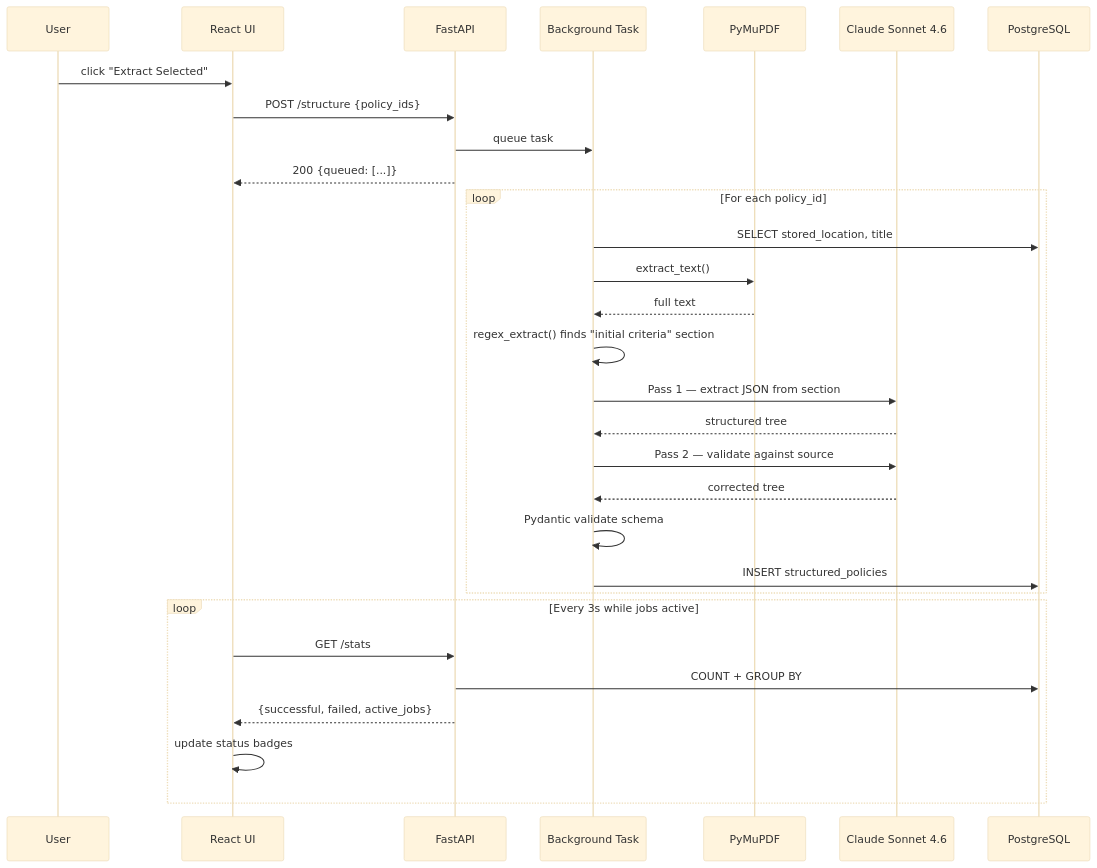
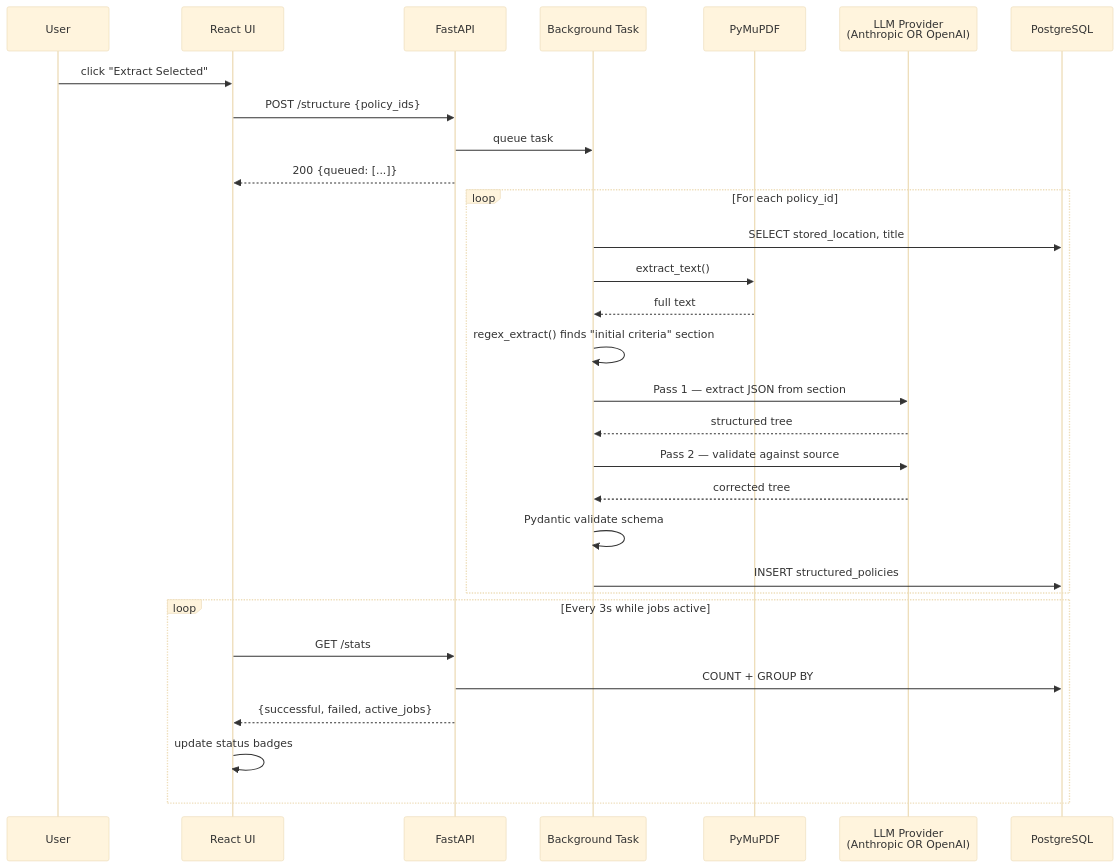
The second of 4 diagrams in SYSTEM_DESIGN.md (uynphm/assessment), drawn with Mermaid (base theme) before and after one commit. The commit also changed other lines of this file, not shown here.

````diff
--- a/SYSTEM_DESIGN.md
+++ b/SYSTEM_DESIGN.md
@@ -81,35 +81,35 @@
 ```mermaid
 sequenceDiagram
     participant User
     participant UI as React UI
     participant API as FastAPI
     participant BG as Background Task
     participant PDF as PyMuPDF
-    participant LLM as Claude Sonnet 4.6
+    participant LLM as LLM Provider<br/>(Anthropic OR OpenAI)
     participant DB as PostgreSQL
 
     User->>UI: click "Extract Selected"
     UI->>API: POST /structure {policy_ids}
     API->>BG: queue task
     API-->>UI: 200 {queued: [...]}
 
     loop For each policy_id
         BG->>DB: SELECT stored_location, title
         BG->>PDF: extract_text()
         PDF-->>BG: full text
         BG->>BG: regex_extract() finds "initial criteria" section
         BG->>LLM: Pass 1 — extract JSON from section
         LLM-->>BG: structured tree
         BG->>LLM: Pass 2 — validate against source
         LLM-->>BG: corrected tree
         BG->>BG: Pydantic validate schema
         BG->>DB: INSERT structured_policies
     end
 
     loop Every 3s while jobs active
         UI->>API: GET /stats
         API->>DB: COUNT + GROUP BY
         API-->>UI: {successful, failed, active_jobs}
         UI->>UI: update status badges
     end
 ```
````
